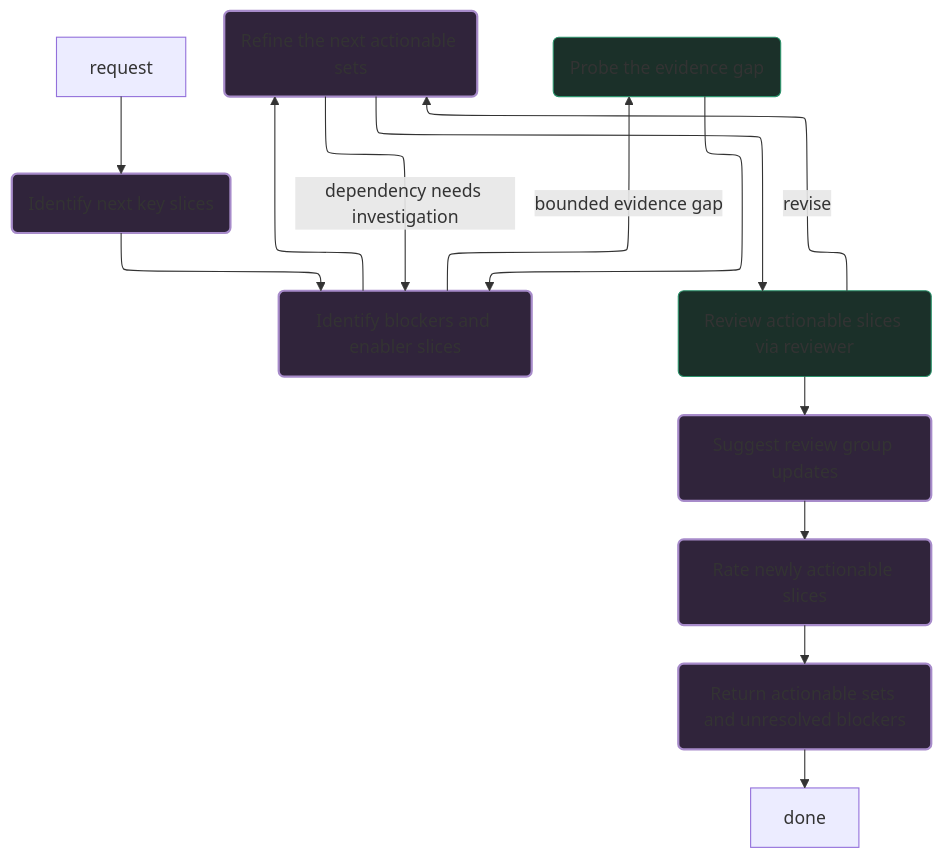
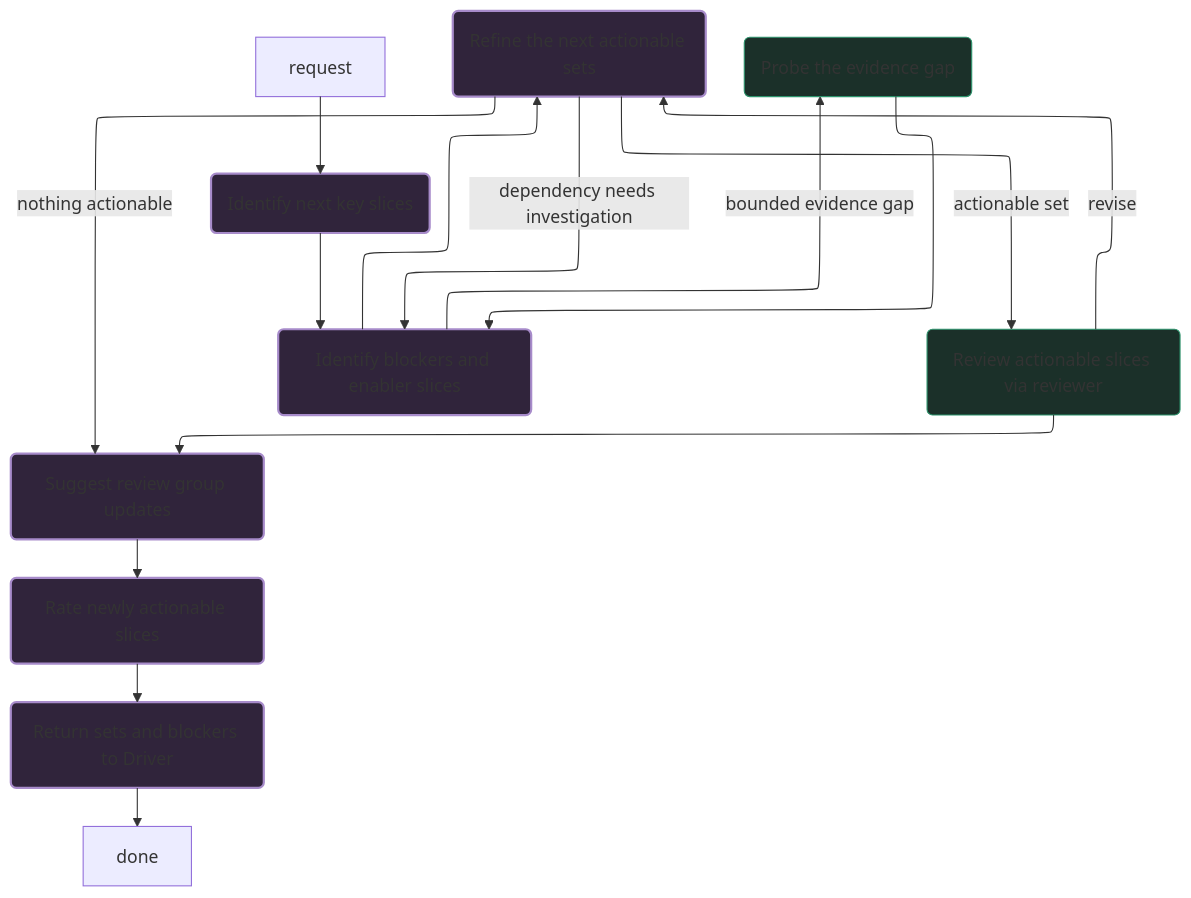
The diagram in .opencode/agents/objective/slicer.md (goatfryed/harness-harness), drawn with Mermaid before and after one commit. The commit also changed other lines of this file and 5 other files, not shown here.

````diff
--- a/.opencode/agents/objective/slicer.md
+++ b/.opencode/agents/objective/slicer.md
@@ -18,22 +18,23 @@
 ```mermaid
 ---
 config:
     layout: elk
 ---
 flowchart TB
     request:::state --> identify
     identify(Identify next key slices):::current_agent --> dependencies
     dependencies(Identify blockers and enabler slices):::current_agent --> refine
     dependencies -->|bounded evidence gap| probe
     probe(Probe the evidence gap):::subagent_utility --> dependencies
-    refine(Refine the next actionable sets):::current_agent --> review
+    refine(Refine the next actionable sets):::current_agent -->|actionable set| review
+    refine -->|nothing actionable| suggest_groups
     refine -->|dependency needs investigation| dependencies
     review(Review actionable slices via reviewer):::subagent_utility --> suggest_groups
     review -->|revise| refine
     suggest_groups(Suggest review group updates):::current_agent --> rate_slices
     rate_slices(Rate newly actionable slices):::current_agent --> hand_back
-    hand_back(Return actionable sets and unresolved blockers):::current_agent --> done:::state
+    hand_back(Return sets and blockers to Driver):::current_agent --> done:::state
 
     classDef current_agent fill:#30243B,stroke:#A78BCA,stroke-width:2px
     classDef subagent_utility fill:#1B3029,stroke:#2D936C
 ```
````
